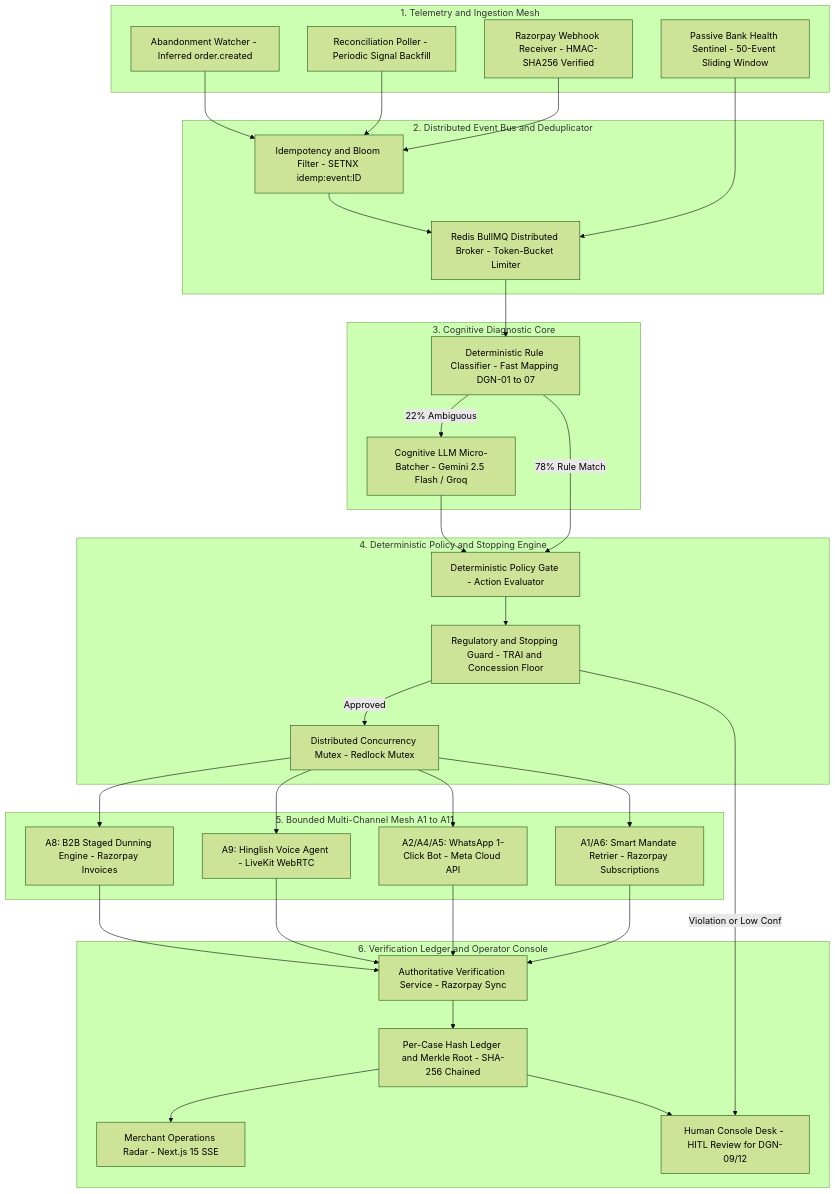
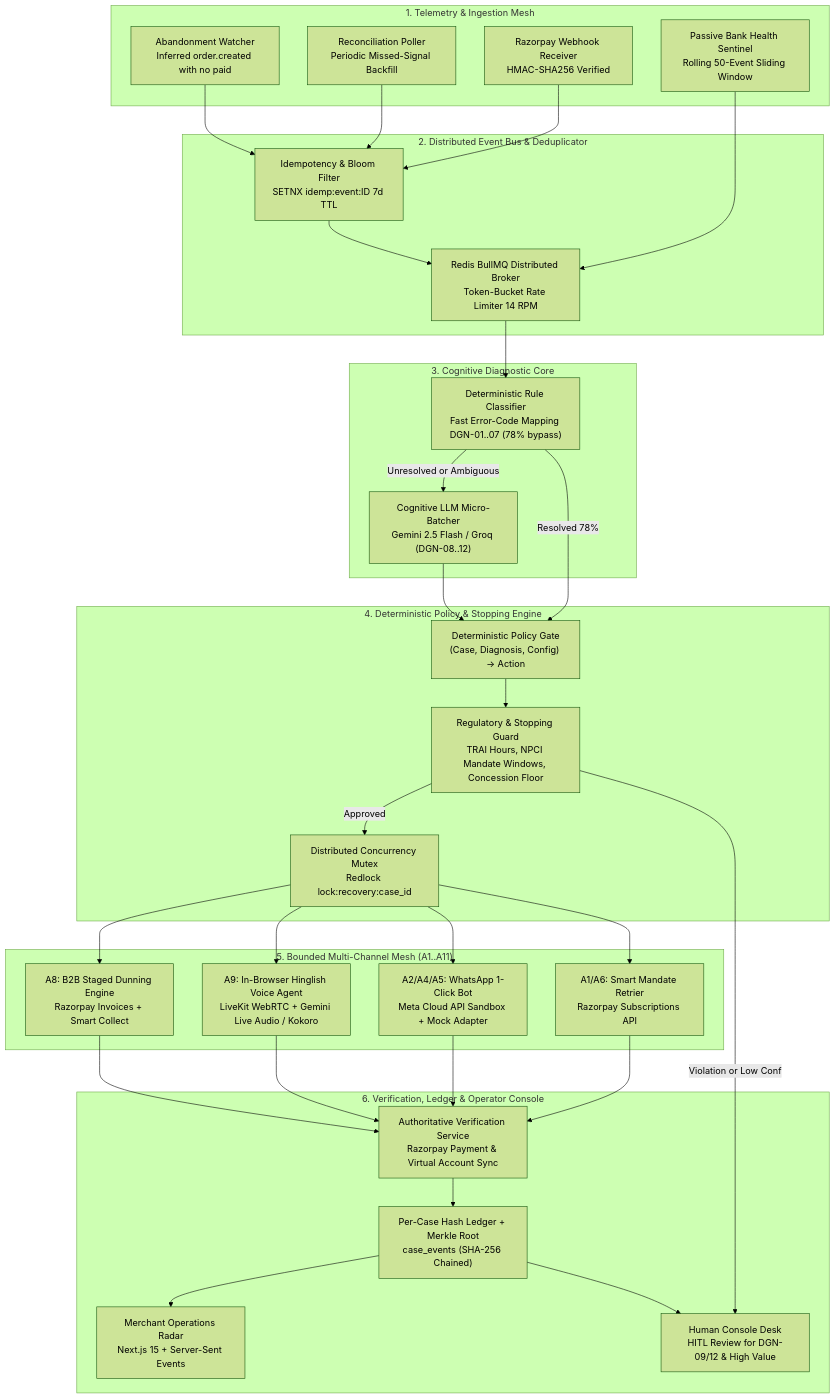
The first of 3 diagrams in docs/Architecture.md (Adityaraj1969/Razorpay-Revenue-Recovery), drawn with Mermaid (forest theme) before and after one commit. The commit also changed other lines of this file and 10 other files, not shown here.

Commit message:
fix(docs): restore pure Mermaid architecture diagram and activate all Mermaid charts across docs

````diff
--- a/docs/Architecture.md
+++ b/docs/Architecture.md
@@ -23,65 +23,68 @@
 ```mermaid
-graph TB
-    subgraph INGESTION [1. Telemetry and Ingestion Mesh]
-        WH[Razorpay Webhook Receiver - HMAC-SHA256 Verified]
-        POLL[Reconciliation Poller - Periodic Signal Backfill]
-        ABAN[Abandonment Watcher - Inferred order.created]
-        SENTINEL[Passive Bank Health Sentinel - 50-Event Sliding Window]
+flowchart TB
+    subgraph INGESTION["1. Telemetry & Ingestion Mesh"]
+        WH["Razorpay Webhook Receiver<br/>HMAC-SHA256 Verified"]
+        POLL["Reconciliation Poller<br/>Periodic Missed-Signal Backfill"]
+        ABAN["Abandonment Watcher<br/>Inferred order.created with no paid"]
+        SENTINEL["Passive Bank Health Sentinel<br/>Rolling 50-Event Sliding Window"]
     end
 
-    subgraph BROKER [2. Distributed Event Bus and Deduplicator]
-        REDIS_Q[Redis BullMQ Distributed Broker - Token-Bucket Limiter]
-        DEDUP[Idempotency and Bloom Filter - SETNX idemp:event:ID]
+    subgraph BROKER["2. Distributed Event Bus & Deduplicator"]
+        REDIS_Q["Redis BullMQ Distributed Broker<br/>Token-Bucket Rate Limiter 14 RPM"]
+        DEDUP["Idempotency & Bloom Filter<br/>SETNX idemp:event:ID 7d TTL"]
     end
 
-    subgraph COGNITIVE [3. Cognitive Diagnostic Core]
-        DGN_RULE[Deterministic Rule Classifier - Fast Mapping DGN-01 to 07]
-        DGN_LLM[Cognitive LLM Micro-Batcher - Gemini 2.5 Flash / Groq]
+    subgraph COGNITIVE["3. Cognitive Diagnostic Core"]
+        DGN_RULE["Deterministic Rule Classifier<br/>Fast Error-Code Mapping DGN-01..07 (78% bypass)"]
+        DGN_LLM["Cognitive LLM Micro-Batcher<br/>Gemini 2.5 Flash / Groq (DGN-08..12)"]
     end
 
-    subgraph GOVERNANCE [4. Deterministic Policy and Stopping Engine]
-        POLICY[Deterministic Policy Gate - Action Evaluator]
-        GUARD[Regulatory and Stopping Guard - TRAI and Concession Floor]
-        LOCK[Distributed Concurrency Mutex - Redlock Mutex]
+    subgraph GOVERNANCE["4. Deterministic Policy & Stopping Engine"]
+        POLICY["Deterministic Policy Gate<br/>(Case, Diagnosis, Config) -> Action"]
+        GUARD["Regulatory & Stopping Guard<br/>TRAI Hours, NPCI Mandate Windows, Concession Floor"]
+        LOCK["Distributed Concurrency Mutex<br/>Redlock lock:recovery:case_id"]
     end
 
-    subgraph EXECUTION [5. Bounded Multi-Channel Mesh A1 to A11]
-        RETRY[A1/A6: Smart Mandate Retrier - Razorpay Subscriptions]
-        WA[A2/A4/A5: WhatsApp 1-Click Bot - Meta Cloud API]
-        VOICE[A9: Hinglish Voice Agent - LiveKit WebRTC]
-        DUNNING[A8: B2B Staged Dunning Engine - Razorpay Invoices]
+    subgraph EXECUTION["5. Bounded Multi-Channel Mesh (A1..A11)"]
+        RETRY["A1/A6: Smart Mandate Retrier<br/>Razorpay Subscriptions API"]
+        WA["A2/A4/A5: WhatsApp 1-Click Bot<br/>Meta Cloud API Sandbox + Mock Adapter"]
+        VOICE["A9: In-Browser Hinglish Voice Agent<br/>LiveKit WebRTC + Gemini Live Audio / Kokoro"]
+        DUNNING["A8: B2B Staged Dunning Engine<br/>Razorpay Invoices + Smart Collect"]
     end
 
-    subgraph VERIFICATION [6. Verification Ledger and Operator Console]
-        VERIFY[Authoritative Verification Service - Razorpay Sync]
-        AUDIT[Per-Case Hash Ledger and Merkle Root - SHA-256 Chained]
-        DASH[Merchant Operations Radar - Next.js 15 SSE]
-        HUMAN[Human Console Desk - HITL Review for DGN-09/12]
+    subgraph VERIFICATION["6. Verification, Ledger & Operator Console"]
+        VERIFY["Authoritative Verification Service<br/>Razorpay Payment & Virtual Account Sync"]
+        AUDIT["Per-Case Hash Ledger + Merkle Root<br/>case_events (SHA-256 Chained)"]
+        DASH["Merchant Operations Radar<br/>Next.js 15 + Server-Sent Events"]
+        HUMAN["Human Console Desk<br/>HITL Review for DGN-09/12 & High Value"]
     end
 
     WH --> DEDUP
     POLL --> DEDUP
     ABAN --> DEDUP
     SENTINEL --> REDIS_Q
     DEDUP --> REDIS_Q
+
     REDIS_Q --> DGN_RULE
-    DGN_RULE -->|78% Rule Match| POLICY
-    DGN_RULE -->|22% Ambiguous| DGN_LLM
+    DGN_RULE -->|Unresolved or Ambiguous| DGN_LLM
+    DGN_RULE -->|Resolved 78%| POLICY
     DGN_LLM --> POLICY
+
     POLICY --> GUARD
     GUARD -->|Violation or Low Conf| HUMAN
     GUARD -->|Approved| LOCK
+
     LOCK --> RETRY
     LOCK --> WA
     LOCK --> VOICE
     LOCK --> DUNNING
 
     RETRY --> VERIFY
     WA --> VERIFY
     VOICE --> VERIFY
     DUNNING --> VERIFY
 
     VERIFY --> AUDIT
     AUDIT --> DASH
     AUDIT --> HUMAN
 ```
````
